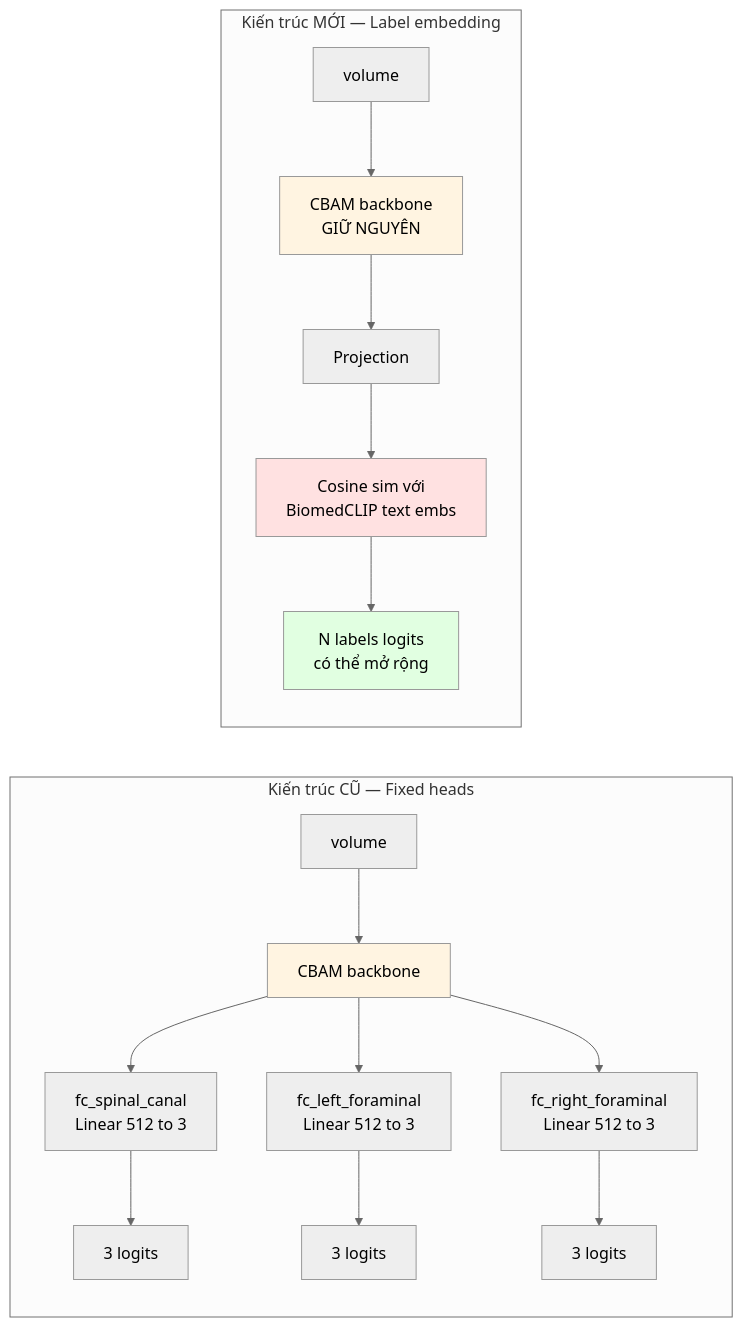
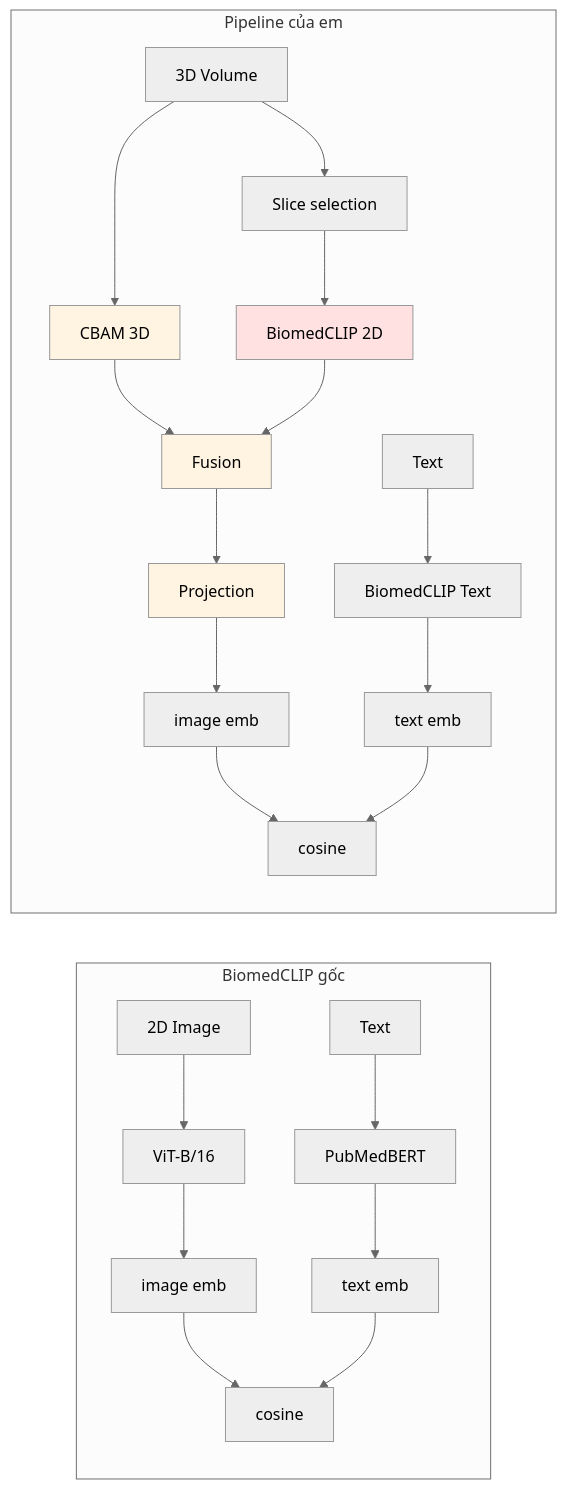
The fifth of 5 diagrams in experiments/paper_results/new_architecture.md (trungkien04102002/spinet-v2), drawn with Mermaid before and after one commit. The commit also changed other lines of this file and 19 other files, not shown here.

````diff
--- a/experiments/paper_results/new_architecture.md
+++ b/experiments/paper_results/new_architecture.md
@@ -60,25 +129,31 @@
 ```mermaid
 %%{init: {'theme':'neutral'}}%%
 flowchart LR
-    subgraph OLD [Kiến trúc CŨ — Fixed heads]
-        V1[volume] --> B1[CBAM backbone]
-        B1 --> H1[fc_spinal_canal<br/>Linear 512 to 3]
-        B1 --> H2[fc_left_foraminal<br/>Linear 512 to 3]
-        B1 --> H3[fc_right_foraminal<br/>Linear 512 to 3]
-        H1 --> O1[3 logits]
-        H2 --> O2[3 logits]
-        H3 --> O3[3 logits]
+    subgraph OLD [BiomedCLIP gốc]
+        V1[2D Image] --> E1[ViT-B/16]
+        E1 --> I1[image emb]
+        T1[Text] --> TE1[PubMedBERT]
+        TE1 --> TT1[text emb]
+        I1 --> S1[cosine]
+        TT1 --> S1
     end
 
-    subgraph NEW [Kiến trúc MỚI — Label embedding]
-        V2[volume] --> B2[CBAM backbone<br/>GIỮ NGUYÊN]
-        B2 --> P[Projection]
-        P --> S[Cosine sim với<br/>BiomedCLIP text embs]
-        S --> O4[N labels logits<br/>có thể mở rộng]
+    subgraph NEW [Pipeline của em]
+        V2[3D Volume] --> C1[CBAM 3D]
+        V2 --> S2[Slice selection]
+        S2 --> B1[BiomedCLIP 2D]
+        C1 --> F1[Fusion]
+        B1 --> F1
+        F1 --> P1[Projection]
+        P1 --> I2[image emb]
+        T2[Text] --> TE2[BiomedCLIP Text]
+        TE2 --> TT2[text emb]
+        I2 --> S3[cosine]
+        TT2 --> S3
     end
 
-    style B1 fill:#fff4e1
-    style B2 fill:#fff4e1
-    style S fill:#ffe1e1
-    style O4 fill:#e1ffe1
+    style C1 fill:#fff4e1
+    style B1 fill:#ffe1e1
+    style F1 fill:#fff4e1
+    style P1 fill:#fff4e1
 ```
````
